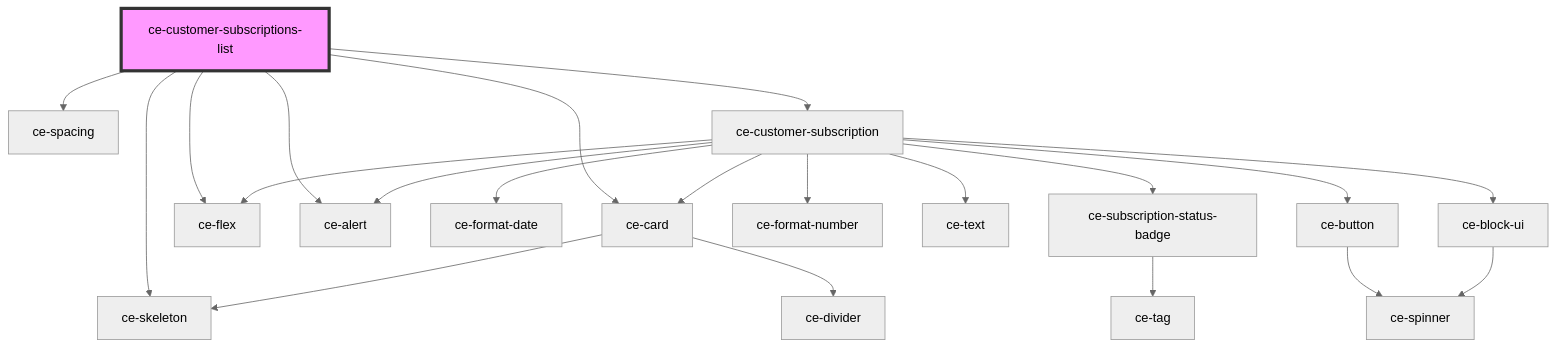
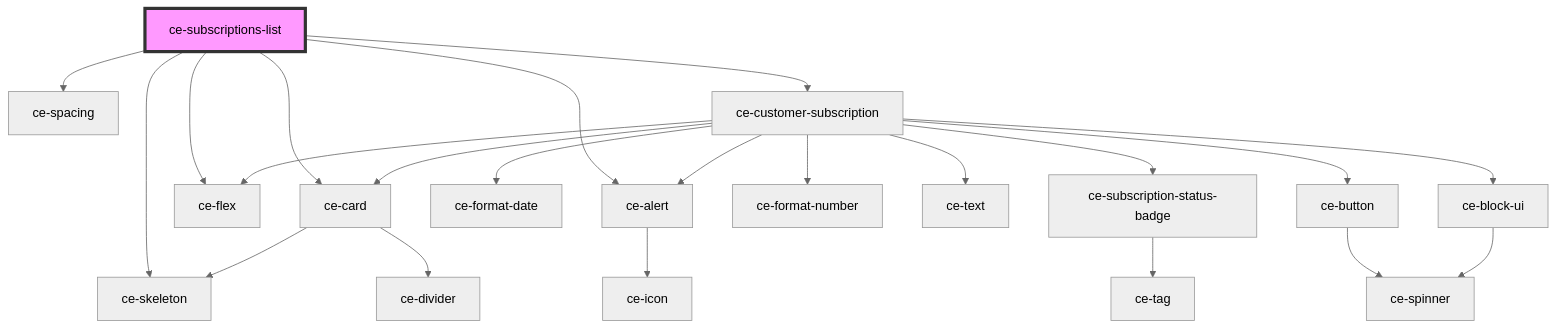
One commit to surecart/surecart-wp-plugin changed the diagram in packages/components/src/components/controllers/dashboard/subscriptions-list/readme.md. Above: the diagram before and after it, drawn with Mermaid (neutral theme). The commit also changed other lines of this file and 101 other files, not shown here.

````diff
--- a/packages/components/src/components/controllers/dashboard/subscriptions-list/readme.md
+++ b/packages/components/src/components/controllers/dashboard/subscriptions-list/readme.md
@@ -39,24 +28,25 @@
 ```mermaid
 graph TD;
-  ce-customer-subscriptions-list --> ce-card
-  ce-customer-subscriptions-list --> ce-flex
-  ce-customer-subscriptions-list --> ce-skeleton
-  ce-customer-subscriptions-list --> ce-alert
-  ce-customer-subscriptions-list --> ce-spacing
-  ce-customer-subscriptions-list --> ce-customer-subscription
+  ce-subscriptions-list --> ce-card
+  ce-subscriptions-list --> ce-flex
+  ce-subscriptions-list --> ce-skeleton
+  ce-subscriptions-list --> ce-alert
+  ce-subscriptions-list --> ce-spacing
+  ce-subscriptions-list --> ce-customer-subscription
   ce-card --> ce-skeleton
   ce-card --> ce-divider
+  ce-alert --> ce-icon
   ce-customer-subscription --> ce-format-date
   ce-customer-subscription --> ce-subscription-status-badge
   ce-customer-subscription --> ce-card
   ce-customer-subscription --> ce-flex
   ce-customer-subscription --> ce-format-number
   ce-customer-subscription --> ce-text
   ce-customer-subscription --> ce-button
   ce-customer-subscription --> ce-alert
   ce-customer-subscription --> ce-block-ui
   ce-subscription-status-badge --> ce-tag
   ce-button --> ce-spinner
   ce-block-ui --> ce-spinner
-  style ce-customer-subscriptions-list fill:#f9f,stroke:#333,stroke-width:4px
+  style ce-subscriptions-list fill:#f9f,stroke:#333,stroke-width:4px
 ```
````
